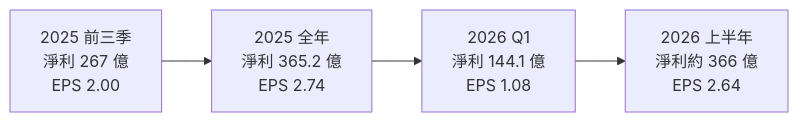
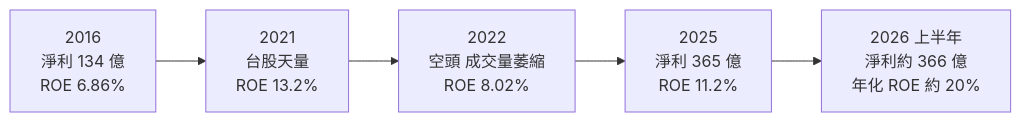
Before and after one commit to wangnick1004/taiwan-stock-vault: the third of 4 diagrams in 個股/台股/2885元大金.md, drawn with Mermaid. The commit also changed other lines of this file and 8 other files, not shown here.

````diff
--- a/個股/台股/2885元大金.md
+++ b/個股/台股/2885元大金.md
@@ -135,4 +147,4 @@
 ```mermaid
 flowchart LR
-    A["2025 前三季<br/>淨利 267 億<br/>EPS 2.00"] --> B["2025 全年<br/>淨利 365.2 億<br/>EPS 2.74"] --> C["2026 Q1<br/>淨利 144.1 億<br/>EPS 1.08"] --> D["2026 上半年<br/>淨利約 366 億<br/>EPS 2.64"]
+    Y16["2016<br/>淨利 134 億<br/>ROE 6.86%"] --> Y21["2021<br/>台股天量<br/>ROE 13.2%"] --> Y22["2022<br/>空頭 成交量萎縮<br/>ROE 8.02%"] --> Y25["2025<br/>淨利 365 億<br/>ROE 11.2%"] --> H26["2026 上半年<br/>淨利約 366 億<br/>年化 ROE 約 20%"]
 ```
````
